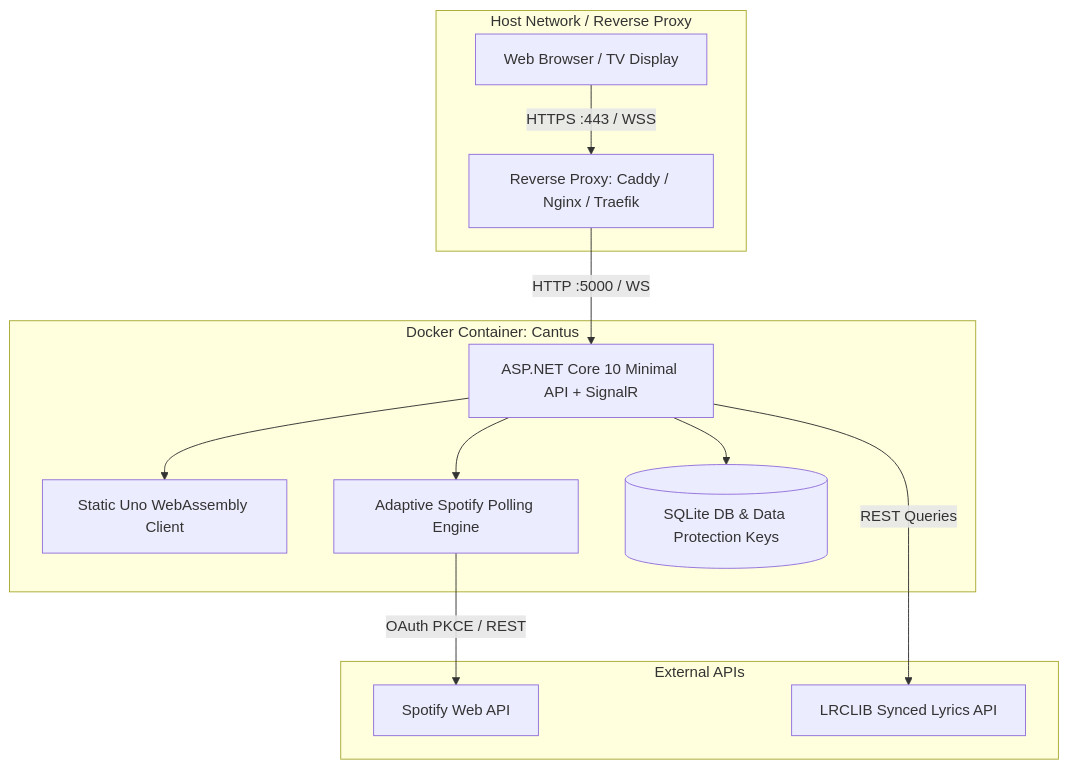
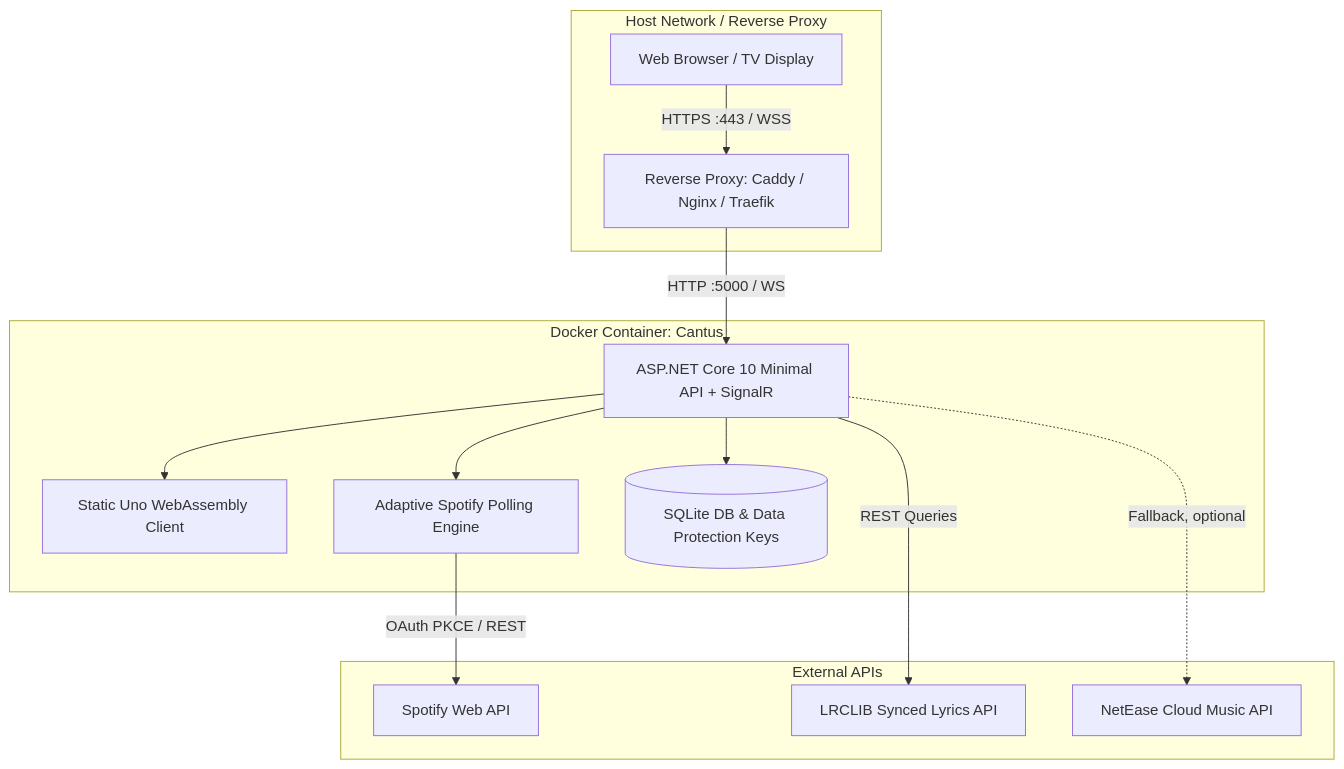
One commit to jav76/Cantus changed the diagram in docs/operator-guide/index.md. Above: the diagram before and after it, drawn with Mermaid. The commit also changed other lines of this file and 6 other files, not shown here.

````diff
--- a/docs/operator-guide/index.md
+++ b/docs/operator-guide/index.md
@@ -11,16 +11,17 @@
 ```mermaid
 flowchart TD
     subgraph Host Network / Reverse Proxy
         Client[Web Browser / TV Display] -->|HTTPS :443 / WSS| Proxy[Reverse Proxy: Caddy / Nginx / Traefik]
     end
     subgraph Docker Container: Cantus
         Proxy -->|HTTP :5000 / WS| App[ASP.NET Core 10 Minimal API + SignalR]
         App --> WASM[Static Uno WebAssembly Client]
         App --> Engine[Adaptive Spotify Polling Engine]
         App --> Cache[(SQLite DB & Data Protection Keys)]
     end
     subgraph External APIs
         Engine -->|OAuth PKCE / REST| Spotify[Spotify Web API]
         App -->|REST Queries| LRCLIB[LRCLIB Synced Lyrics API]
+        App -.->|Fallback, optional| NetEase[NetEase Cloud Music API]
     end
 ```
````
